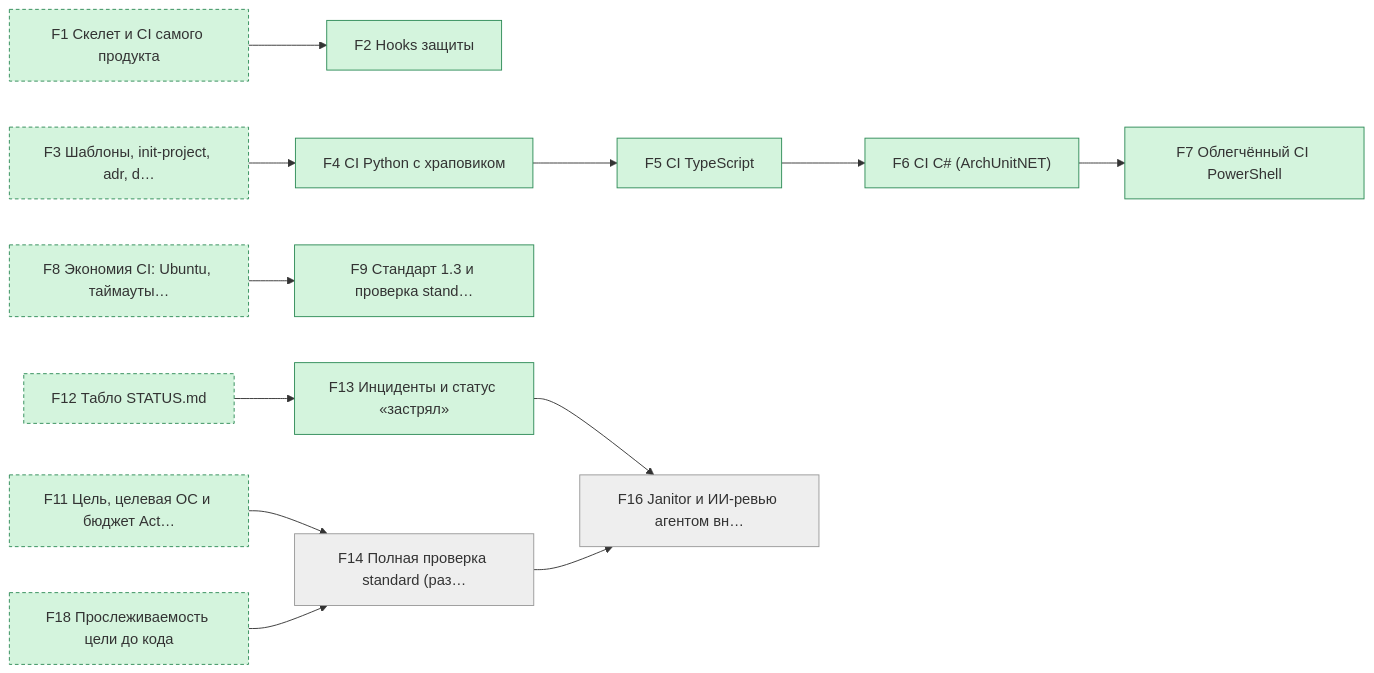
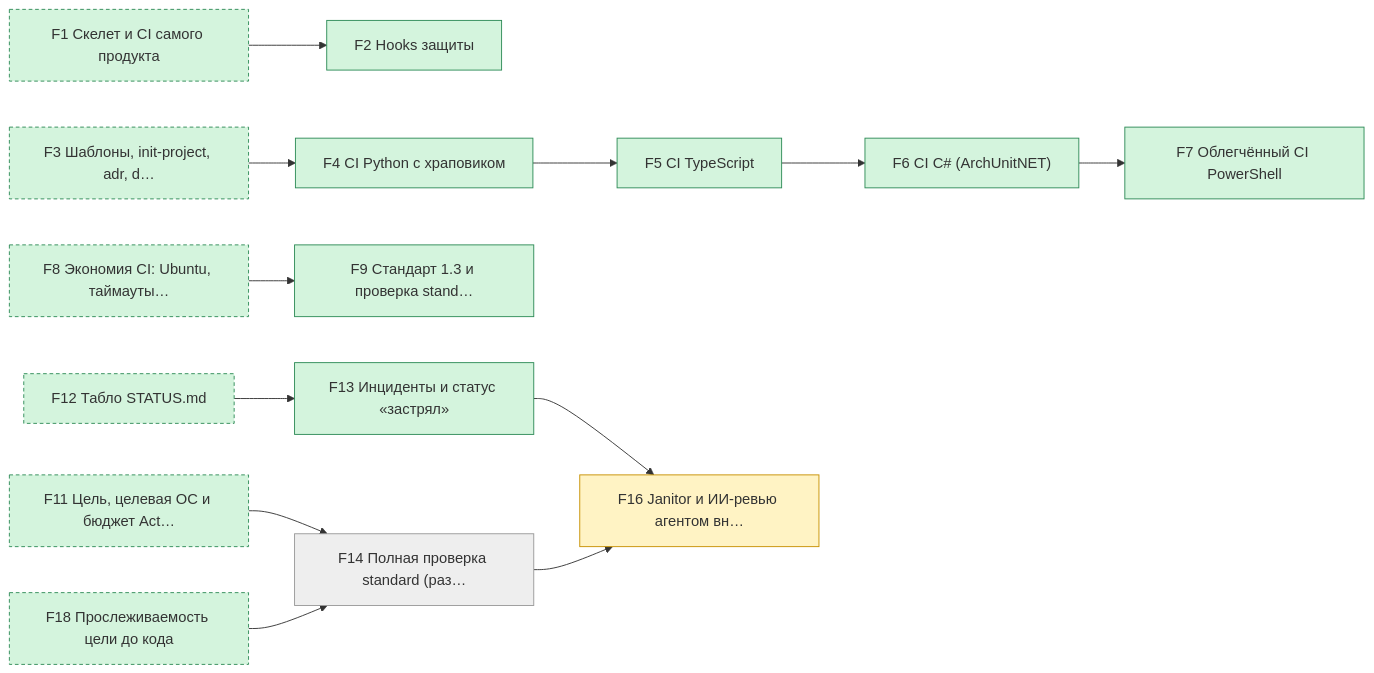
One commit to pete-doc/project-architect changed the second of 6 diagrams in state/STATUS.md. Above: the diagram before and after it, drawn with Mermaid. The commit also changed other lines of this file and 2 other files, not shown here.

````diff
--- a/state/STATUS.md
+++ b/state/STATUS.md
@@ -60,37 +61,38 @@
 ```mermaid
 graph LR
   F2["F2 Hooks защиты"]
   F4["F4 CI Python с храповиком"]
   F5["F5 CI TypeScript"]
   F6["F6 CI C# (ArchUnitNET)"]
   F7["F7 Облегчённый CI PowerShell"]
   F9["F9 Стандарт 1.3 и проверка stand…"]
   F13["F13 Инциденты и статус «застрял»"]
   F14["F14 Полная проверка standard (раз…"]
   F16["F16 Janitor и ИИ-ревью агентом вн…"]
   F1["F1 Скелет и CI самого продукта"]
   F3["F3 Шаблоны, init-project, adr, d…"]
   F8["F8 Экономия CI: Ubuntu, таймауты…"]
   F12["F12 Табло STATUS.md"]
   F11["F11 Цель, целевая ОС и бюджет Act…"]
   F18["F18 Прослеживаемость цели до кода"]
   F1 --> F2
   F3 --> F4
   F4 --> F5
   F5 --> F6
   F6 --> F7
   F8 --> F9
   F12 --> F13
   F11 --> F14
   F18 --> F14
   F13 --> F16
   F14 --> F16
   classDef done fill:#d4f4dd,stroke:#2e8b57
   classDef work fill:#fff3c4,stroke:#c79100
   classDef blocked fill:#ffd6d6,stroke:#c0392b
   classDef later fill:#eeeeee,stroke:#999999
   classDef outside stroke-dasharray: 4 3
   class F2,F4,F5,F6,F7,F9,F13,F1,F3,F8,F12,F11,F18 done
-  class F14,F16 later
+  class F16 work
+  class F14 later
   class F1,F3,F8,F12,F11,F18 outside
 ```
````
